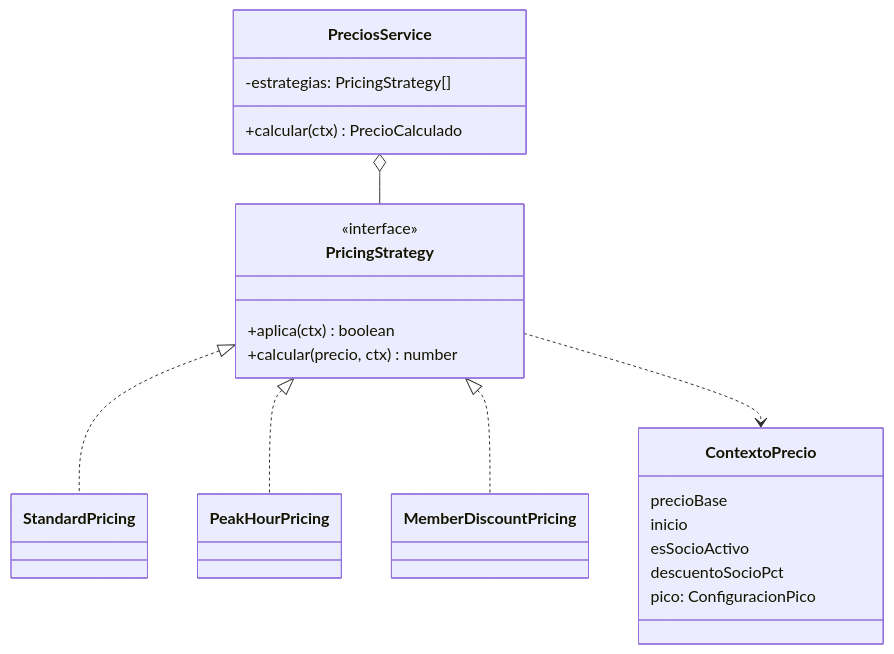
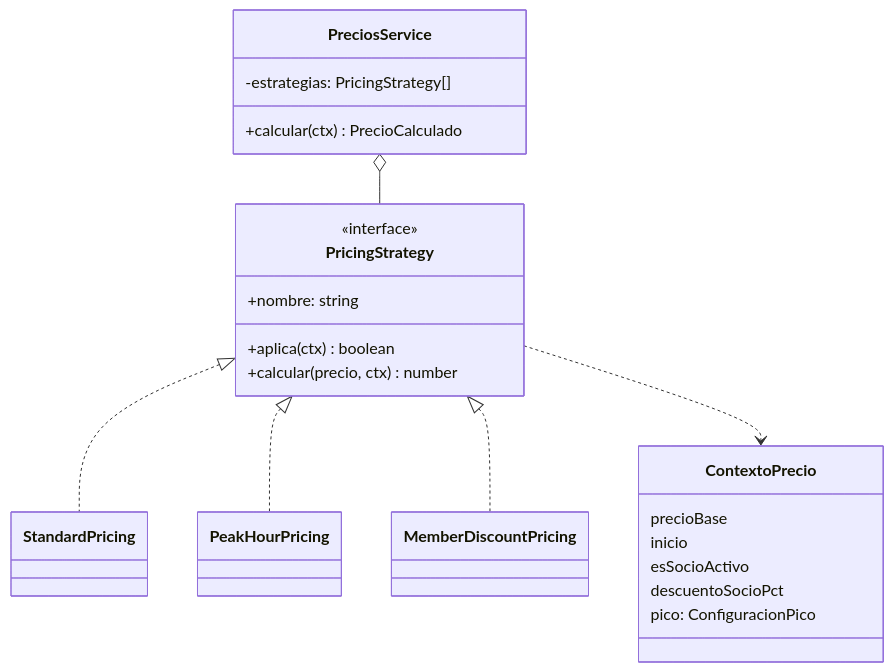
One commit to PatricioRamos04032000/FitZoneSports changed the third of 3 diagrams in documentacion/Justificacion_Patrones_Unidad_III.md. Above: the diagram before and after it, drawn with Mermaid. The commit also changed other lines of this file and 9 other files, not shown here.

````diff
--- a/documentacion/Justificacion_Patrones_Unidad_III.md
+++ b/documentacion/Justificacion_Patrones_Unidad_III.md
@@ -241,28 +239,29 @@
 ```mermaid
 classDiagram
     class PricingStrategy {
         <<interface>>
+        +nombre: string
         +aplica(ctx) boolean
         +calcular(precio, ctx) number
     }
     class StandardPricing
     class PeakHourPricing
     class MemberDiscountPricing
     class PreciosService {
         -estrategias: PricingStrategy[]
         +calcular(ctx) PrecioCalculado
     }
     class ContextoPrecio {
         precioBase
         inicio
         esSocioActivo
         descuentoSocioPct
         pico: ConfiguracionPico
     }
 
     PricingStrategy <|.. StandardPricing
     PricingStrategy <|.. PeakHourPricing
     PricingStrategy <|.. MemberDiscountPricing
     PreciosService o-- PricingStrategy
     PricingStrategy ..> ContextoPrecio
 ```
````
